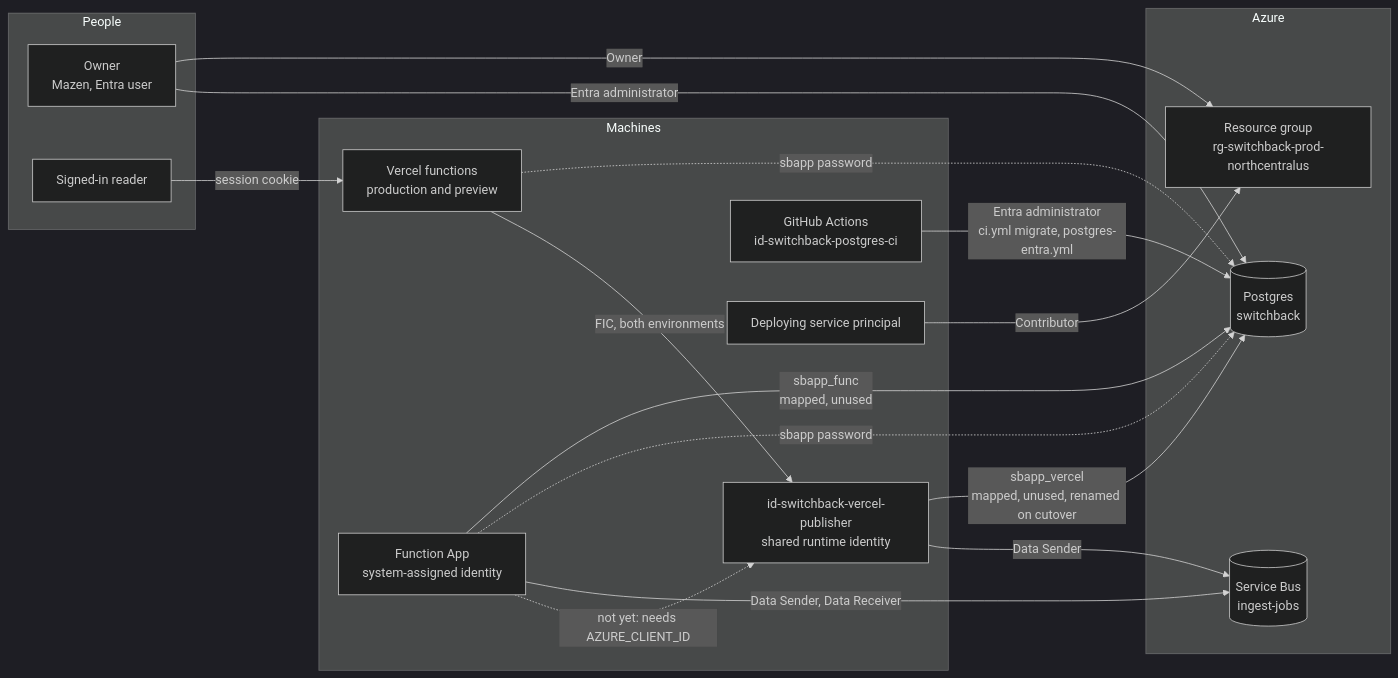
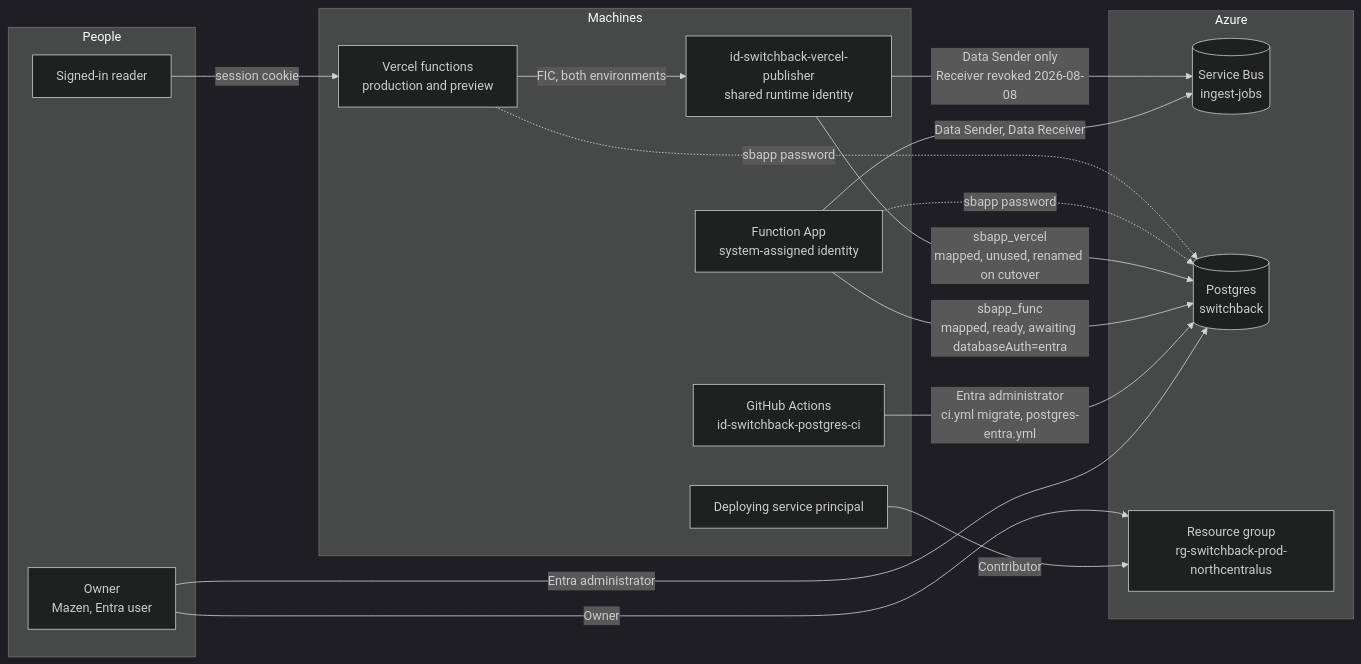
Before and after one commit to mbahgatTech/switchback: the eighth of 11 diagrams in docs/architecture.md, drawn with Mermaid (dark theme). The commit also changed other lines of this file and 3 other files, not shown here.

````diff
--- a/docs/architecture.md
+++ b/docs/architecture.md
@@ -1371,33 +1373,32 @@
 ```mermaid
 graph LR
   subgraph People
     OWNER[Owner<br/>Mazen, Entra user]
     READER[Signed-in reader]
   end
   subgraph Machines
     VERCEL[Vercel functions<br/>production and preview]
     FUNC[Function App<br/>system-assigned identity]
     RUNTIME[id-switchback-vercel-publisher<br/>shared runtime identity]
     CI[GitHub Actions<br/>id-switchback-postgres-ci]
     SP[Deploying service principal]
   end
   subgraph Azure
     SB[(Service Bus<br/>ingest-jobs)]
     PG[(Postgres<br/>switchback)]
     RG[Resource group<br/>rg-switchback-prod-northcentralus]
   end
 
   VERCEL -->|FIC, both environments| RUNTIME
-  FUNC -.->|not yet: needs AZURE_CLIENT_ID| RUNTIME
-  RUNTIME -->|Data Sender| SB
+  RUNTIME -->|Data Sender only<br/>Receiver revoked 2026-08-08| SB
   FUNC -->|Data Sender, Data Receiver| SB
   VERCEL -.->|sbapp password| PG
   FUNC -.->|sbapp password| PG
   RUNTIME -->|sbapp_vercel<br/>mapped, unused, renamed on cutover| PG
-  FUNC -->|sbapp_func<br/>mapped, unused| PG
+  FUNC -->|sbapp_func<br/>mapped, ready, awaiting databaseAuth=entra| PG
   CI -->|Entra administrator<br/>ci.yml migrate, postgres-entra.yml| PG
   OWNER -->|Entra administrator| PG
   OWNER -->|Owner| RG
   SP -->|Contributor| RG
   READER -->|session cookie| VERCEL
 ```
````
